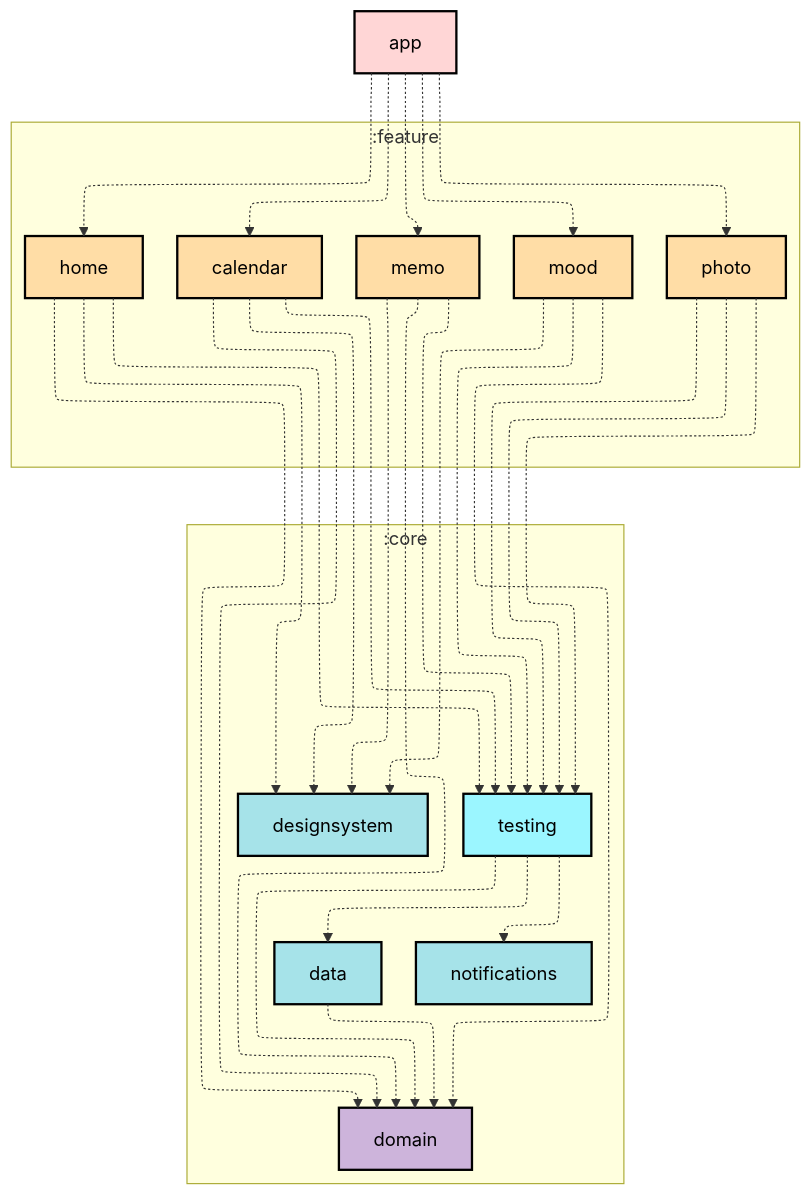
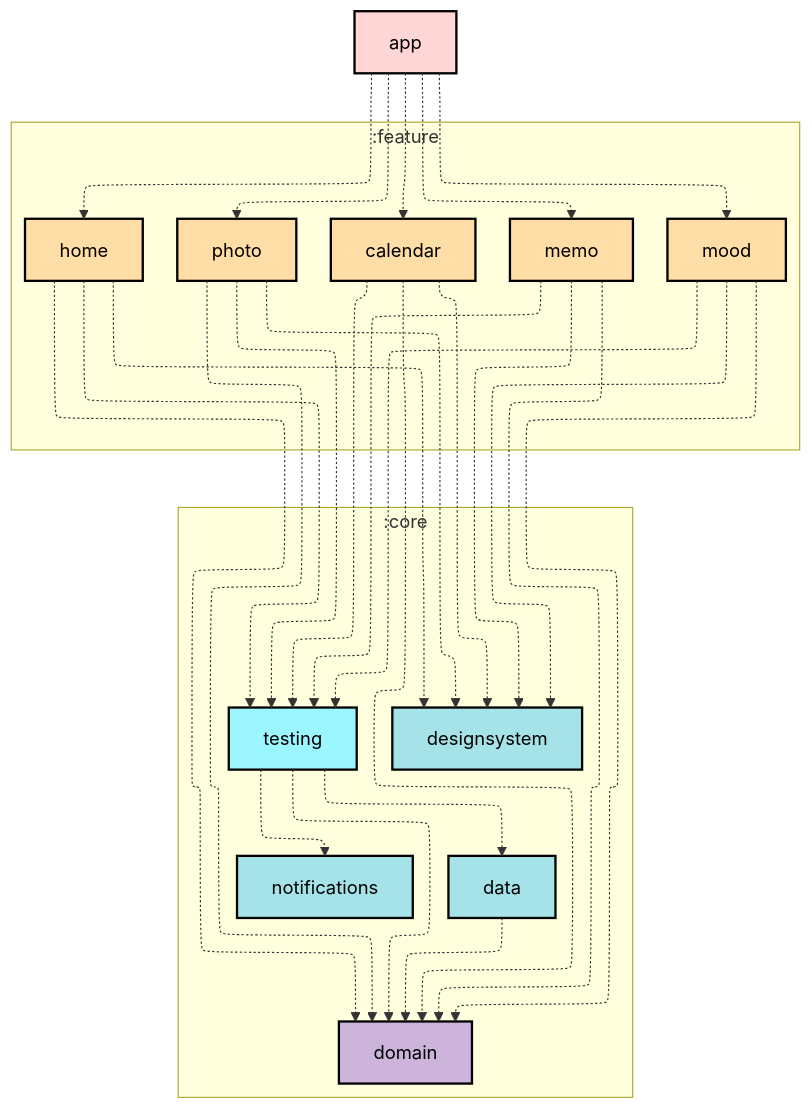
The diagram in README.md (M1n9yu23/LifeLog-Compose-Clean-Architecture), drawn with Mermaid before and after one commit.

````diff
--- a/README.md
+++ b/README.md
@@ -9,57 +9,57 @@
 ```mermaid
 ---
 config:
   layout: elk
   elk:
     nodePlacementStrategy: SIMPLE
 ---
 graph TB
 subgraph :core
 direction TB
 :core:data[data]:::android-core
 :core:designsystem[designsystem]:::android-core
 :core:domain[domain]:::kotlin-library
 :core:notifications[notifications]:::android-core
 :core:testing[testing]:::android-test
 end
 subgraph :feature
 direction TB
 :feature:home[home]:::android-feature
 :feature:calendar[calendar]:::android-feature
 :feature:memo[memo]:::android-feature
 :feature:mood[mood]:::android-feature
 :feature:photo[photo]:::android-feature
 end
 :app[app]:::android-app
 
 :app -.-> :feature:home
 :app -.-> :feature:calendar
 :app -.-> :feature:memo
 :app -.-> :feature:mood
 :app -.-> :feature:photo
 :core:data -.-> :core:domain
 :core:testing -.-> :core:domain
 :core:testing -.-> :core:data
 :core:testing -.-> :core:notifications
 :feature:home -.-> :core:designsystem
 :feature:home -.-> :core:domain
 :feature:home -.-> :core:testing
 :feature:calendar -.-> :core:designsystem
 :feature:calendar -.-> :core:domain
 :feature:calendar -.-> :core:testing
 :feature:memo -.-> :core:designsystem
 :feature:memo -.-> :core:domain
 :feature:memo -.-> :core:testing
 :feature:mood -.-> :core:designsystem
 :feature:mood -.-> :core:domain
 :feature:mood -.-> :core:testing
-:feature:photo -.-> :core:testing
-:feature:photo -.-> :core:testing
+:feature:photo -.-> :core:designsystem
+:feature:photo -.-> :core:domain
 :feature:photo -.-> :core:testing
 
 classDef android-app fill:#FFD6D6,stroke:#000,stroke-width:2px,color:#000;
 classDef android-feature fill:#FFDDA6,stroke:#000,stroke-width:2px,color:#000;
 classDef android-core fill:#A6E3E9,stroke:#000,stroke-width:2px,color:#000;
 classDef kotlin-library fill:#CDB4DB,stroke:#000,stroke-width:2px,color:#000;
 classDef android-test fill:#9BF6FF,stroke:#000,stroke-width:2px,color:#000;
 ```
````
